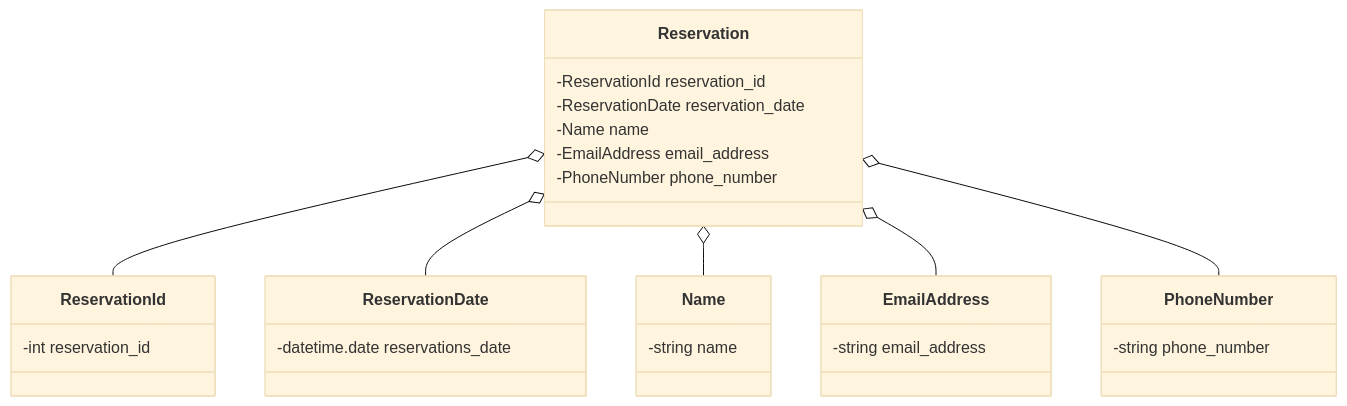
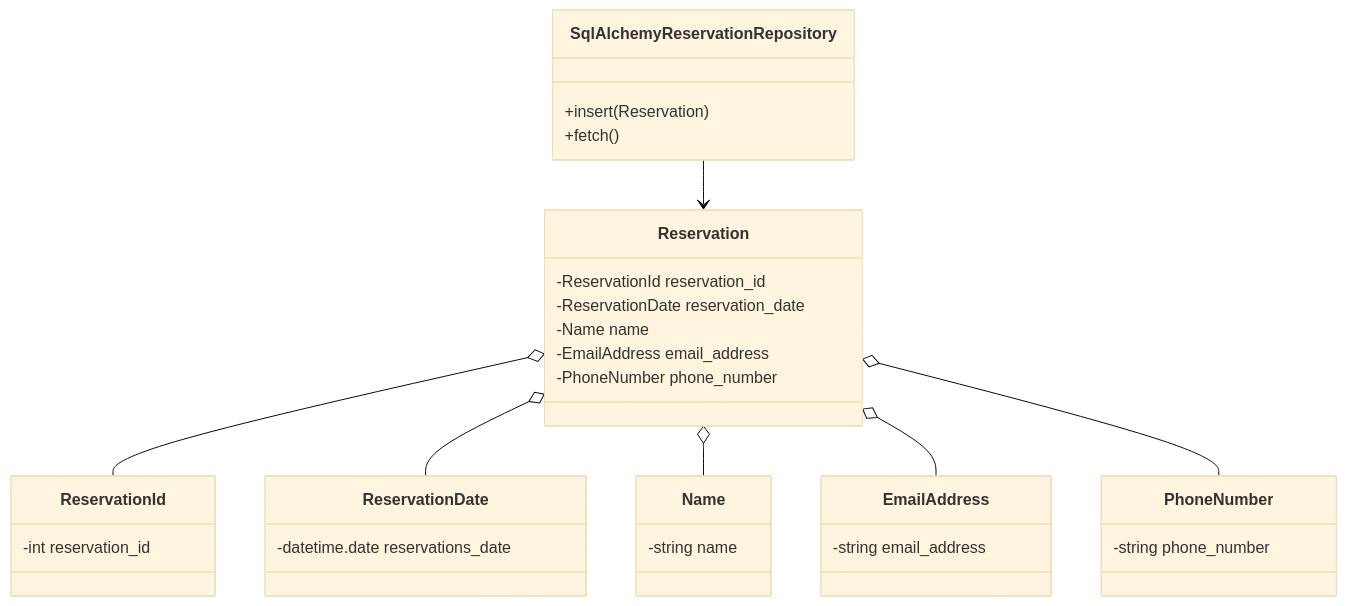
One commit to nakajima97/fastapi-react-reservation-form-object-oriented changed the diagram in documents/api-class-diagram.md. Above: the diagram before and after it, drawn with Mermaid (base theme).

Commit message:
#13 repositoryを追加

````diff
--- a/documents/api-class-diagram.md
+++ b/documents/api-class-diagram.md
@@ -1,30 +1,36 @@
 ```mermaid
 classDiagram
+    SqlAlchemyReservationRepository --> Reservation
+    class SqlAlchemyReservationRepository{
+      +insert(Reservation)
+      +fetch()
+    }
+
     Reservation o-- ReservationId
     Reservation o-- ReservationDate
     Reservation o-- Name
     Reservation o-- EmailAddress
     Reservation o-- PhoneNumber
     class Reservation{
       -ReservationId reservation_id
       -ReservationDate reservation_date
       -Name name
       -EmailAddress email_address
       -PhoneNumber phone_number
     }
     class ReservationId{
       -int reservation_id
     }
     class ReservationDate{
       -datetime.date reservations_date
     }
     class Name{
       -string name
     }
     class EmailAddress{
       -string email_address
     }
     class PhoneNumber{
       -string phone_number
     }
 ```
````
